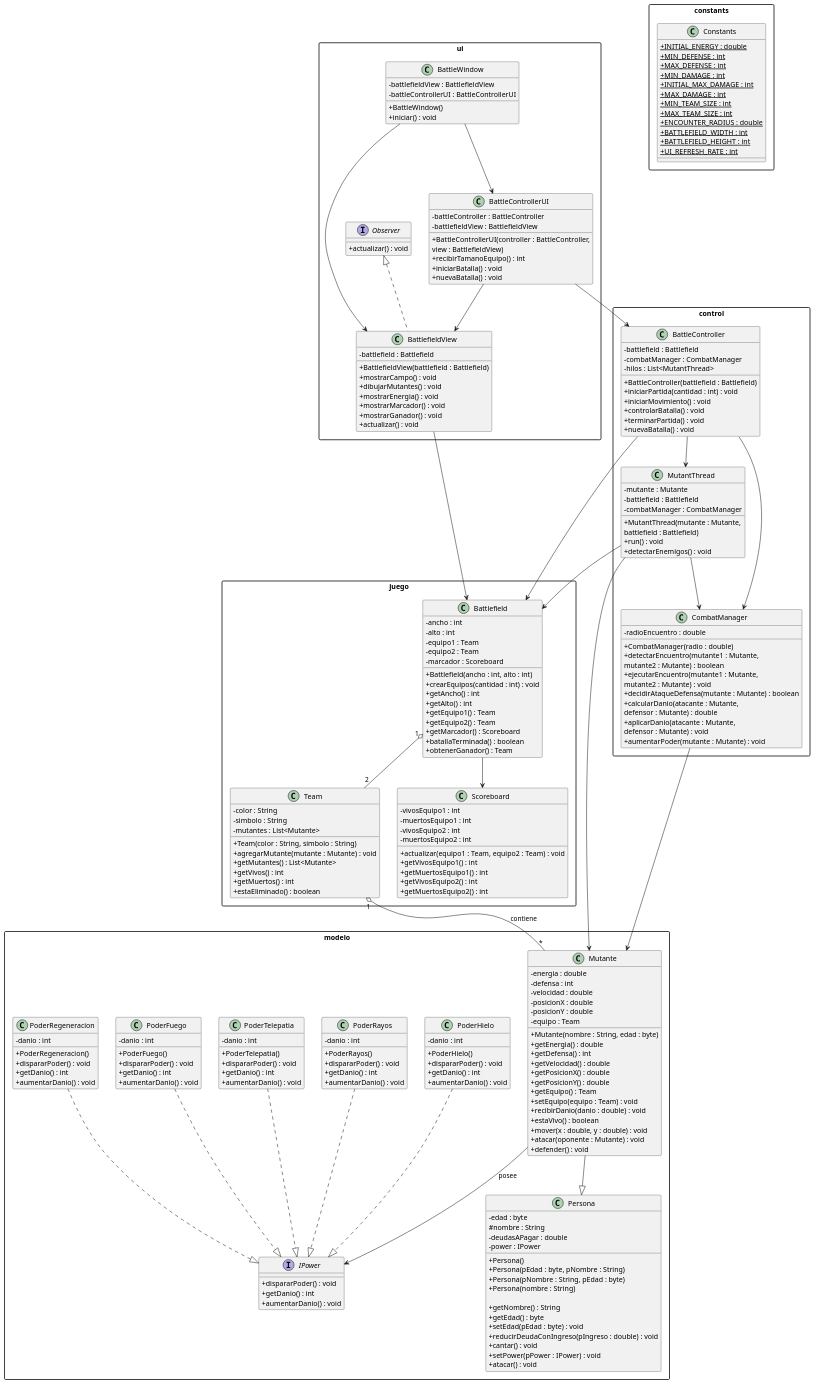
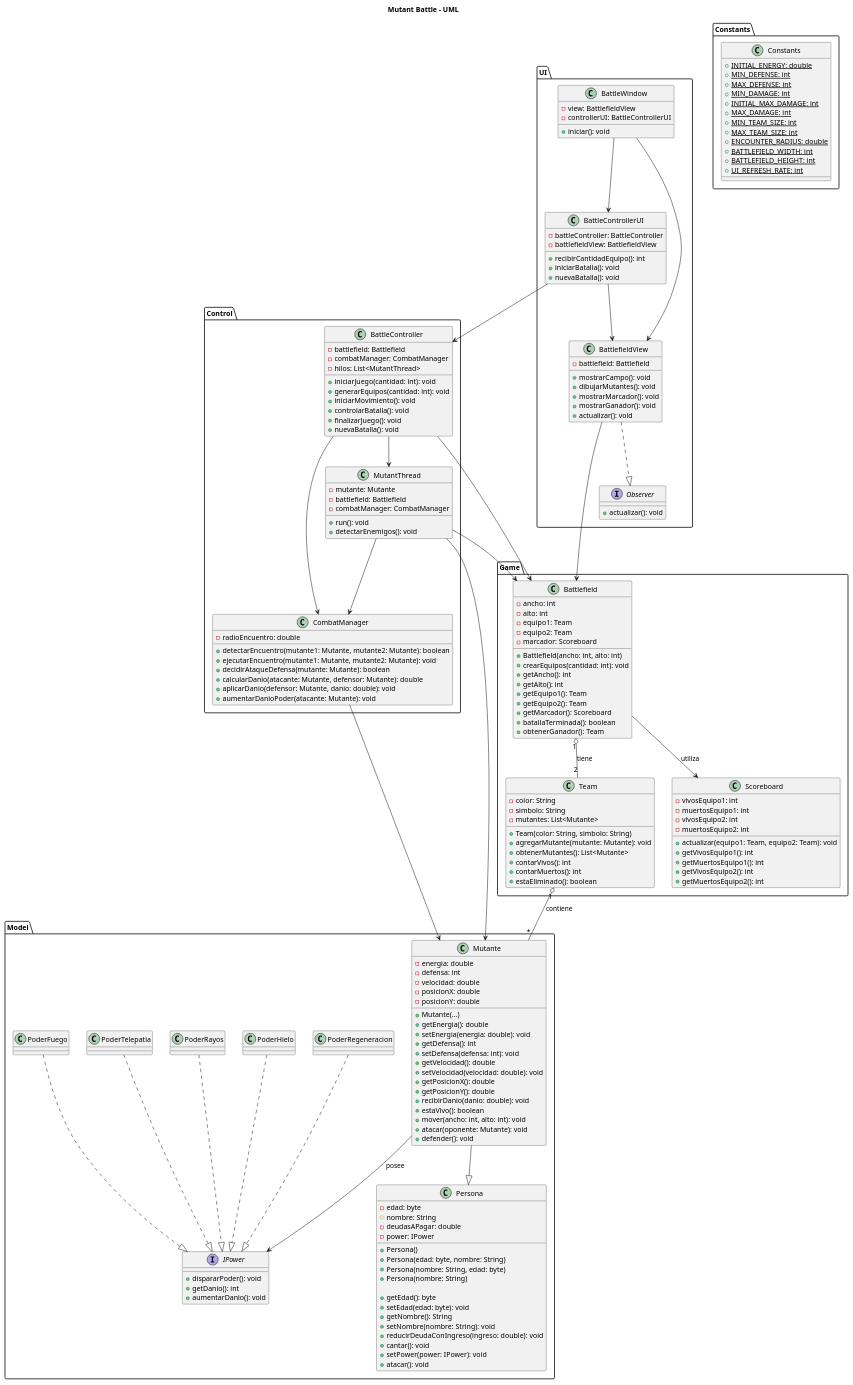
The diagram in README.md (arishatrsv/mutantBattle), drawn with PlantUML before and after one commit.

````diff
--- a/README.md
+++ b/README.md
@@ -252,268 +252,70 @@
+```plantuml
 @startuml
 
-skinparam classAttributeIconSize 0
-skinparam packageStyle rectangle
+title Mutant Battle - UML
 
-package modelo {
+' ========================= MODEL =========================
+
+package "Model" {
 
     class Persona {
-        - edad : byte
-        # nombre : String
-        - deudasAPagar : double
-        - power : IPower
+        - edad: byte
+        # nombre: String
+        - deudasAPagar: double
+        - power: IPower
 
         + Persona()
-        + Persona(pEdad : byte, pNombre : String)
-        + Persona(pNombre : String, pEdad : byte)
-        + Persona(nombre : String)
+        + Persona(edad: byte, nombre: String)
+        + Persona(nombre: String, edad: byte)
+        + Persona(nombre: String)
 
-        + getNombre() : String
-        + getEdad() : byte
-        + setEdad(pEdad : byte) : void
-        + reducirDeudaConIngreso(pIngreso : double) : void
-        + cantar() : void
-        + setPower(pPower : IPower) : void
-        + atacar() : void
+        + getEdad(): byte
+        + setEdad(edad: byte): void
+        + getNombre(): String
+        + setNombre(nombre: String): void
+        + reducirDeudaConIngreso(ingreso: double): void
+        + cantar(): void
+        + setPower(power: IPower): void
+        + atacar(): void
     }
 
+    class Mutante {
+        - energia: double
+        - defensa: int
+        - velocidad: double
+        - posicionX: double
+        - posicionY: double
 
-    class Mutante {
-        - energia : double
-        - defensa : int
-        - velocidad : double
-        - posicionX : double
-        - posicionY : double
-        - equipo : Team
-
-        + Mutante(nombre : String, edad : byte)
-        + getEnergia() : double
-        + getDefensa() : int
-        + getVelocidad() : double
-        + getPosicionX() : double
-        + getPosicionY() : double
-        + getEquipo() : Team
-        + setEquipo(equipo : Team) : void
-        + recibirDanio(danio : double) : void
-        + estaVivo() : boolean
-        + mover(x : double, y : double) : void
-        + atacar(oponente : Mutante) : void
-        + defender() : void
+        + Mutante(...)
+        + getEnergia(): double
+        + setEnergia(energia: double): void
+        + getDefensa(): int
+        + setDefensa(defensa: int): void
+        + getVelocidad(): double
+        + setVelocidad(velocidad: double): void
+        + getPosicionX(): double
+        + getPosicionY(): double
+        + recibirDanio(danio: double): void
+        + estaVivo(): boolean
+        + mover(ancho: int, alto: int): void
+        + atacar(oponente: Mutante): void
+        + defender(): void
     }
 
-
     interface IPower {
-        + dispararPoder() : void
-        + getDanio() : int
-        + aumentarDanio() : void
+        + dispararPoder(): void
+        + getDanio(): int
+        + aumentarDanio(): void
     }
 
-
-    class PoderHielo {
-        - danio : int
-
-        + PoderHielo()
-        + dispararPoder() : void
-        + getDanio() : int
-        + aumentarDanio() : void
-    }
-
-
-    class PoderRayos {
-        - danio : int
-
-        + PoderRayos()
-        + dispararPoder() : void
-        + getDanio() : int
-        + aumentarDanio() : void
-    }
-
-
-    class PoderTelepatia {
-        - danio : int
-
-        + PoderTelepatia()
-        + dispararPoder() : void
-        + getDanio() : int
-        + aumentarDanio() : void
-    }
-
-
-    class PoderFuego {
-        - danio : int
-
-        + PoderFuego()
-        + dispararPoder() : void
-        + getDanio() : int
-        + aumentarDanio() : void
-    }
-
-
-    class PoderRegeneracion {
-        - danio : int
-
-        + PoderRegeneracion()
-        + dispararPoder() : void
-        + getDanio() : int
-        + aumentarDanio() : void
-    }
+    class PoderHielo
+    class PoderRayos
+    class PoderTelepatia
+    class PoderFuego
+    class PoderRegeneracion
 }
 
-package juego {
-
-    class Team {
-        - color : String
-        - simbolo : String
-        - mutantes : List<Mutante>
-
-        + Team(color : String, simbolo : String)
-        + agregarMutante(mutante : Mutante) : void
-        + getMutantes() : List<Mutante>
-        + getVivos() : int
-        + getMuertos() : int
-        + estaEliminado() : boolean
-    }
-
-
-    class Battlefield {
-        - ancho : int
-        - alto : int
-        - equipo1 : Team
-        - equipo2 : Team
-        - marcador : Scoreboard
-
-        + Battlefield(ancho : int, alto : int)
-        + crearEquipos(cantidad : int) : void
-        + getAncho() : int
-        + getAlto() : int
-        + getEquipo1() : Team
-        + getEquipo2() : Team
-        + getMarcador() : Scoreboard
-        + batallaTerminada() : boolean
-        + obtenerGanador() : Team
-    }
-
-
-    class Scoreboard {
-        - vivosEquipo1 : int
-        - muertosEquipo1 : int
-        - vivosEquipo2 : int
-        - muertosEquipo2 : int
-
-        + actualizar(equipo1 : Team, equipo2 : Team) : void
-        + getVivosEquipo1() : int
-        + getMuertosEquipo1() : int
-        + getVivosEquipo2() : int
-        + getMuertosEquipo2() : int
-    }
-}
-
-
-package control {
-
-    class BattleController {
-        - battlefield : Battlefield
-        - combatManager : CombatManager
-        - hilos : List<MutantThread>
-
-        + BattleController(battlefield : Battlefield)
-        + iniciarPartida(cantidad : int) : void
-        + iniciarMovimiento() : void
-        + controlarBatalla() : void
-        + terminarPartida() : void
-        + nuevaBatalla() : void
-    }
-
-
-    class MutantThread {
-        - mutante : Mutante
-        - battlefield : Battlefield
-        - combatManager : CombatManager
-
-        + MutantThread(mutante : Mutante,
-                       battlefield : Battlefield)
-        + run() : void
-        + detectarEnemigos() : void
-    }
-
-
-    class CombatManager {
-        - radioEncuentro : double
-
-        + CombatManager(radio : double)
-        + detectarEncuentro(mutante1 : Mutante,
-                            mutante2 : Mutante) : boolean
-        + ejecutarEncuentro(mutante1 : Mutante,
-                            mutante2 : Mutante) : void
-        + decidirAtaqueDefensa(mutante : Mutante) : boolean
-        + calcularDanio(atacante : Mutante,
-                        defensor : Mutante) : double
-        + aplicarDanio(atacante : Mutante,
-                       defensor : Mutante) : void
-        + aumentarPoder(mutante : Mutante) : void
-    }
-}
-
-package ui {
-
-    interface Observer {
-        + actualizar() : void
-    }
-
-
-    class BattlefieldView {
-        - battlefield : Battlefield
-
-        + BattlefieldView(battlefield : Battlefield)
-        + mostrarCampo() : void
-        + dibujarMutantes() : void
-        + mostrarEnergia() : void
-        + mostrarMarcador() : void
-        + mostrarGanador() : void
-        + actualizar() : void
-    }
-
-
-    class BattleControllerUI {
-        - battleController : BattleController
-        - battlefieldView : BattlefieldView
-
-        + BattleControllerUI(controller : BattleController,
-                             view : BattlefieldView)
-        + recibirTamanoEquipo() : int
-        + iniciarBatalla() : void
-        + nuevaBatalla() : void
-    }
-
-
-    class BattleWindow {
-        - battlefieldView : BattlefieldView
-        - battleControllerUI : BattleControllerUI
-
-        + BattleWindow()
-        + iniciar() : void
-    }
-}
-
-
-
-package constants {
-
-    class Constants {
-        {static} + INITIAL_ENERGY : double
-        {static} + MIN_DEFENSE : int
-        {static} + MAX_DEFENSE : int
-        {static} + MIN_DAMAGE : int
-        {static} + INITIAL_MAX_DAMAGE : int
-        {static} + MAX_DAMAGE : int
-        {static} + MIN_TEAM_SIZE : int
-        {static} + MAX_TEAM_SIZE : int
-        {static} + ENCOUNTER_RADIUS : double
-        {static} + BATTLEFIELD_WIDTH : int
-        {static} + BATTLEFIELD_HEIGHT : int
-        {static} + UI_REFRESH_RATE : int
-    }
-}
-
+' ================= INHERITANCE AND POLYMORPHISM =================
 
 Mutante --|> Persona
 
@@ -526,10 +328,97 @@
 Mutante --> IPower : posee
 
 
+' ========================= GAME =========================
+
+package "Game" {
+
+    class Team {
+        - color: String
+        - simbolo: String
+        - mutantes: List<Mutante>
+
+        + Team(color: String, simbolo: String)
+        + agregarMutante(mutante: Mutante): void
+        + obtenerMutantes(): List<Mutante>
+        + contarVivos(): int
+        + contarMuertos(): int
+        + estaEliminado(): boolean
+    }
+
+    class Battlefield {
+        - ancho: int
+        - alto: int
+        - equipo1: Team
+        - equipo2: Team
+        - marcador: Scoreboard
+
+        + Battlefield(ancho: int, alto: int)
+        + crearEquipos(cantidad: int): void
+        + getAncho(): int
+        + getAlto(): int
+        + getEquipo1(): Team
+        + getEquipo2(): Team
+        + getMarcador(): Scoreboard
+        + batallaTerminada(): boolean
+        + obtenerGanador(): Team
+    }
+
+    class Scoreboard {
+        - vivosEquipo1: int
+        - muertosEquipo1: int
+        - vivosEquipo2: int
+        - muertosEquipo2: int
+
+        + actualizar(equipo1: Team, equipo2: Team): void
+        + getVivosEquipo1(): int
+        + getMuertosEquipo1(): int
+        + getVivosEquipo2(): int
+        + getMuertosEquipo2(): int
+    }
+}
+
 Team "1" o-- "*" Mutante : contiene
+Battlefield "1" o-- "2" Team : tiene
+Battlefield --> Scoreboard : utiliza
 
-Battlefield "1" o-- "2" Team
-Battlefield --> Scoreboard
+
+' ======================== CONTROL ========================
+
+package "Control" {
+
+    class BattleController {
+        - battlefield: Battlefield
+        - combatManager: CombatManager
+        - hilos: List<MutantThread>
+
+        + iniciarJuego(cantidad: int): void
+        + generarEquipos(cantidad: int): void
+        + iniciarMovimiento(): void
+        + controlarBatalla(): void
+        + finalizarJuego(): void
+        + nuevaBatalla(): void
+    }
+
+    class MutantThread {
+        - mutante: Mutante
+        - battlefield: Battlefield
+        - combatManager: CombatManager
+
+        + run(): void
+        + detectarEnemigos(): void
+    }
+
+    class CombatManager {
+        - radioEncuentro: double
+
+        + detectarEncuentro(mutante1: Mutante, mutante2: Mutante): boolean
+        + ejecutarEncuentro(mutante1: Mutante, mutante2: Mutante): void
+        + decidirAtaqueDefensa(mutante: Mutante): boolean
+        + calcularDanio(atacante: Mutante, defensor: Mutante): double
+        + aplicarDanio(defensor: Mutante, danio: double): void
+        + aumentarDanioPoder(atacante: Mutante): void
+    }
+}
 
 BattleController --> Battlefield
 BattleController --> CombatManager
@@ -541,14 +430,69 @@
 
 CombatManager --> Mutante
 
-Observer <|.. BattlefieldView
 
+' =========================== UI ===========================
+
+package "UI" {
+
+    interface Observer {
+        + actualizar(): void
+    }
+
+    class BattlefieldView {
+        - battlefield: Battlefield
+
+        + mostrarCampo(): void
+        + dibujarMutantes(): void
+        + mostrarMarcador(): void
+        + mostrarGanador(): void
+        + actualizar(): void
+    }
+
+    class BattleControllerUI {
+        - battleController: BattleController
+        - battlefieldView: BattlefieldView
+
+        + recibirCantidadEquipo(): int
+        + iniciarBatalla(): void
+        + nuevaBatalla(): void
+    }
+
+    class BattleWindow {
+        - view: BattlefieldView
+        - controllerUI: BattleControllerUI
+
+        + iniciar(): void
+    }
+}
+
+BattlefieldView ..|> Observer
 BattlefieldView --> Battlefield
-
 BattleControllerUI --> BattleController
 BattleControllerUI --> BattlefieldView
-
 BattleWindow --> BattlefieldView
 BattleWindow --> BattleControllerUI
 
+
+' ======================== CONSTANTS ========================
+
+package "Constants" {
+
+    class Constants {
+        {static} + INITIAL_ENERGY: double
+        {static} + MIN_DEFENSE: int
+        {static} + MAX_DEFENSE: int
+        {static} + MIN_DAMAGE: int
+        {static} + INITIAL_MAX_DAMAGE: int
+        {static} + MAX_DAMAGE: int
+        {static} + MIN_TEAM_SIZE: int
+        {static} + MAX_TEAM_SIZE: int
+        {static} + ENCOUNTER_RADIUS: double
+        {static} + BATTLEFIELD_WIDTH: int
+        {static} + BATTLEFIELD_HEIGHT: int
+        {static} + UI_REFRESH_RATE: int
+    }
+}
+
 @enduml
+```
````
